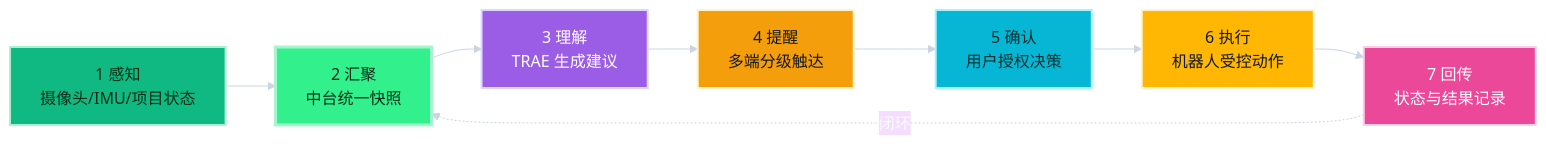
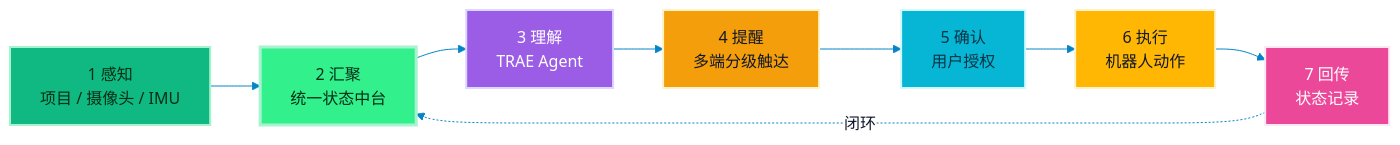
One commit to ibh4/T.R.A.E.V.I.S changed the second of 5 diagrams in README.md. Above: the diagram before and after it, drawn with Mermaid. The commit also changed other lines of this file, not shown here.

````diff
--- a/README.md
+++ b/README.md
@@ -148,19 +116,22 @@
 ```mermaid
-%%{init: {"theme": "base", "themeVariables": {"fontFamily": "Inter, Microsoft YaHei, sans-serif", "background": "#020617", "primaryTextColor": "#F8FAFC", "lineColor": "#CBD5E1"}}}%%
+%%{init: {"theme": "base", "themeVariables": {"fontFamily": "Inter, Microsoft YaHei, sans-serif", "background": "#FFFFFF", "primaryColor": "#2563EB", "primaryTextColor": "#0F172A", "primaryBorderColor": "#67E8F9", "secondaryColor": "#7C3AED", "tertiaryColor": "#E0F2FE", "lineColor": "#0284C7", "clusterBkg": "#F8FBFF", "clusterBorder": "#38BDF8", "edgeLabelBackground": "#FFFFFF"}}}%%
 flowchart LR
-    P1[1 感知<br/>摄像头/IMU/项目状态]:::p1 --> P2[2 汇聚<br/>中台统一快照]:::p2
-    P2 --> P3[3 理解<br/>TRAE 生成建议]:::p3
-    P3 --> P4[4 提醒<br/>多端分级触达]:::p4
-    P4 --> P5[5 确认<br/>用户授权决策]:::p5
-    P5 --> P6[6 执行<br/>机器人受控动作]:::p6
-    P6 --> P7[7 回传<br/>状态与结果记录]:::p7
+    P1["1 感知<br/>项目 / 摄像头 / IMU"]:::p1
+    P2["2 汇聚<br/>统一状态中台"]:::p2
+    P3["3 理解<br/>TRAE Agent"]:::p3
+    P4["4 提醒<br/>多端分级触达"]:::p4
+    P5["5 确认<br/>用户授权"]:::p5
+    P6["6 执行<br/>机器人动作"]:::p6
+    P7["7 回传<br/>状态记录"]:::p7
+
+    P1 --> P2 --> P3 --> P4 --> P5 --> P6 --> P7
     P7 -.->|闭环| P2
 
     classDef p1 fill:#10B981,stroke:#A7F3D0,color:#052E16,stroke-width:2px;
-    classDef p2 fill:#32f08c,stroke:#A7F3D0,color:#052E16,stroke-width:3px;
+    classDef p2 fill:#32F08C,stroke:#A7F3D0,color:#052E16,stroke-width:3px;
     classDef p3 fill:#9B5DE5,stroke:#DDD6FE,color:#FFFFFF,stroke-width:2px;
     classDef p4 fill:#F59E0B,stroke:#FEF3C7,color:#111827,stroke-width:2px;
-    classDef p5 fill:#06B6D4,stroke:#A5F3FC,color:#042F2E,stroke-width:2px;
+    classDef p5 fill:#06B6D4,stroke:#CFFAFE,color:#083344,stroke-width:2px;
     classDef p6 fill:#FFB703,stroke:#FEF3C7,color:#111827,stroke-width:2px;
-    classDef p7 fill:#EC4899,stroke:#FBCFE8,color:#FFFFFF,stroke-width:2px;
+    classDef p7 fill:#EC4899,stroke:#FCE7F3,color:#FFFFFF,stroke-width:2px;
 ```
````
